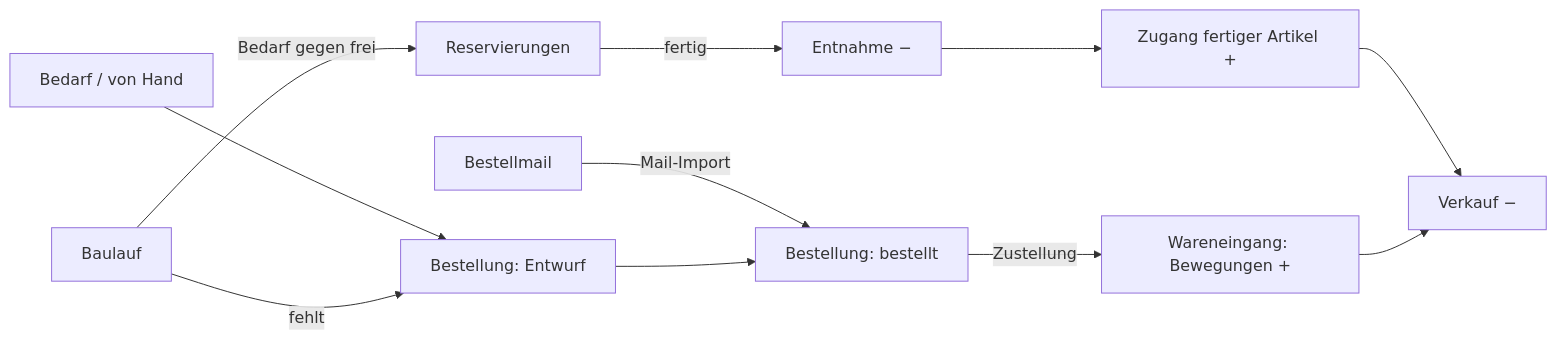
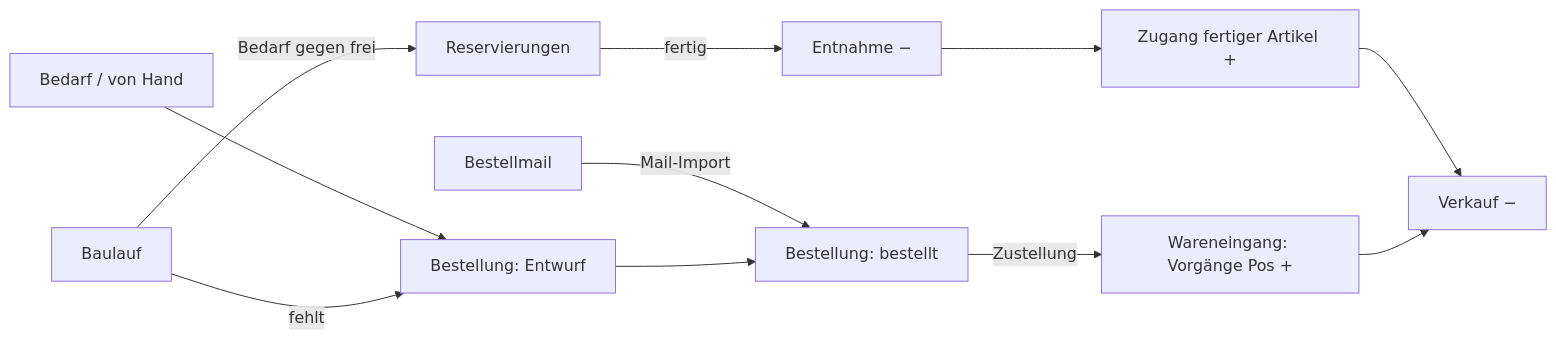
Before and after one commit to sfambach/wp-taxonomy-modeler: the fourth of 4 diagrams in docs/pakete/lager/konzept.md, drawn with Mermaid. The commit also changed other lines of this file and 3 other files, not shown here.

````diff
--- a/docs/pakete/lager/konzept.md
+++ b/docs/pakete/lager/konzept.md
@@ -240,11 +240,11 @@
 ```mermaid
 flowchart LR
   MAIL["Bestellmail"] -->|Mail-Import| B["Bestellung: bestellt"]
   BED["Bedarf / von Hand"] --> E["Bestellung: Entwurf"] --> B
-  B -->|Zustellung| WE["Wareneingang: Bewegungen +"]
+  B -->|Zustellung| WE["Wareneingang: Vorgänge Pos +"]
   BL["Baulauf"] -->|Bedarf gegen frei| RS["Reservierungen"]
   BL -->|fehlt| E
   RS -->|fertig| EN["Entnahme −"] --> ZU["Zugang fertiger Artikel +"]
   ZU --> VK["Verkauf −"]
   WE --> VK
 ```
````
